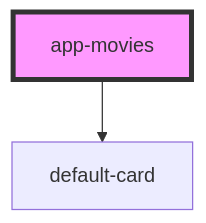
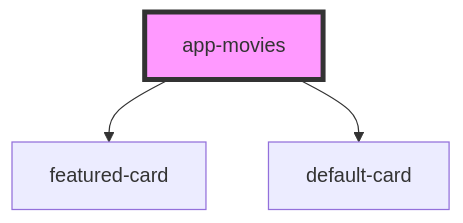
The diagram in src/components/pages/app-movies/readme.md (upstroke/tmdb-stencil-frontend), drawn with Mermaid before and after one commit. The commit also changed other lines of this file and 13 other files, not shown here.

````diff
--- a/src/components/pages/app-movies/readme.md
+++ b/src/components/pages/app-movies/readme.md
@@ -15,5 +16,6 @@
 ```mermaid
 graph TD;
+  app-movies --> featured-card
   app-movies --> default-card
   style app-movies fill:#f9f,stroke:#333,stroke-width:4px
 ```
````
